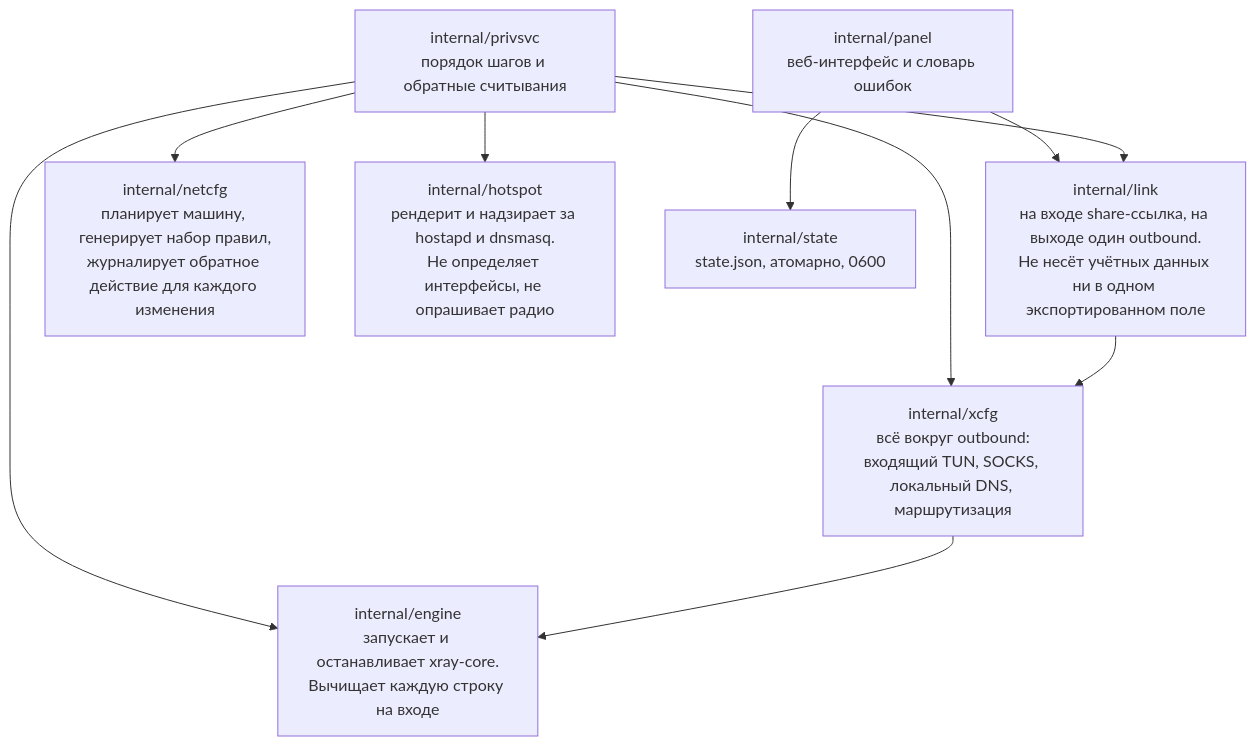
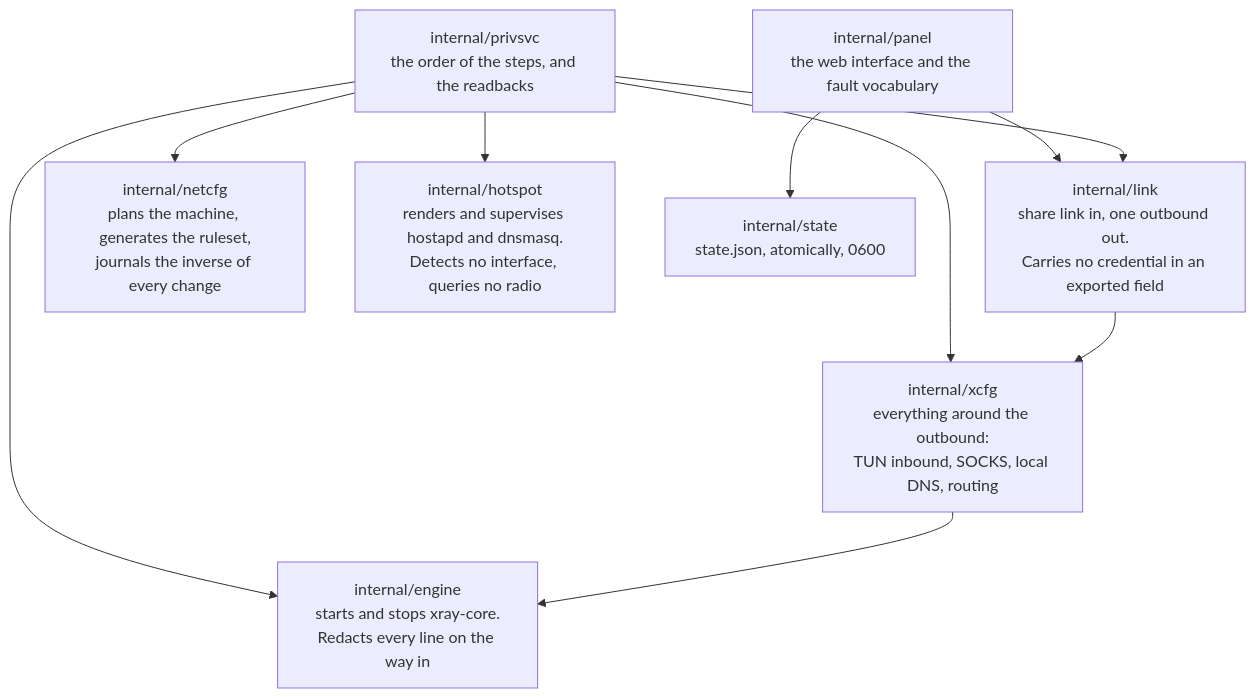
The second of 8 diagrams in docs/wiki/Architecture.ru.md (Iman/caspian), drawn with Mermaid before and after one commit. The commit also changed other lines of this file and 149 other files, not shown here.

````diff
--- a/docs/wiki/Architecture.ru.md
+++ b/docs/wiki/Architecture.ru.md
@@ -105,21 +105,21 @@
 ```mermaid
 flowchart TB
-    LINK["internal/link<br/>на входе share-ссылка, на выходе один outbound.<br/>Не несёт учётных данных ни в одном экспортированном поле"]
-    XCFG["internal/xcfg<br/>всё вокруг outbound:<br/>входящий TUN, SOCKS, локальный DNS, маршрутизация"]
-    ENGINE["internal/engine<br/>запускает и останавливает xray-core.<br/>Вычищает каждую строку на входе"]
-    NETCFG["internal/netcfg<br/>планирует машину, генерирует набор правил,<br/>журналирует обратное действие для каждого изменения"]
-    HOTSPOT["internal/hotspot<br/>рендерит и надзирает за hostapd и dnsmasq.<br/>Не определяет интерфейсы, не опрашивает радио"]
-    STATE["internal/state<br/>state.json, атомарно, 0600"]
-    PANEL["internal/panel<br/>веб-интерфейс и словарь ошибок"]
-    PRIVSVC["internal/privsvc<br/>порядок шагов и обратные считывания"]
+    LINK["internal/link<br/>share link in, one outbound out.<br/>Carries no credential in an exported field"]
+    XCFG["internal/xcfg<br/>everything around the outbound:<br/>TUN inbound, SOCKS, local DNS, routing"]
+    ENGINE["internal/engine<br/>starts and stops xray-core.<br/>Redacts every line on the way in"]
+    NETCFG["internal/netcfg<br/>plans the machine, generates the ruleset,<br/>journals the inverse of every change"]
+    HOTSPOT["internal/hotspot<br/>renders and supervises hostapd and dnsmasq.<br/>Detects no interface, queries no radio"]
+    STATE["internal/state<br/>state.json, atomically, 0600"]
+    PANEL["internal/panel<br/>the web interface and the fault vocabulary"]
+    PRIVSVC["internal/privsvc<br/>the order of the steps, and the readbacks"]
 
     PANEL --> LINK
     PANEL --> STATE
     PRIVSVC --> LINK
     PRIVSVC --> XCFG
     PRIVSVC --> NETCFG
     PRIVSVC --> HOTSPOT
     PRIVSVC --> ENGINE
     LINK --> XCFG
     XCFG --> ENGINE
 ```
````
